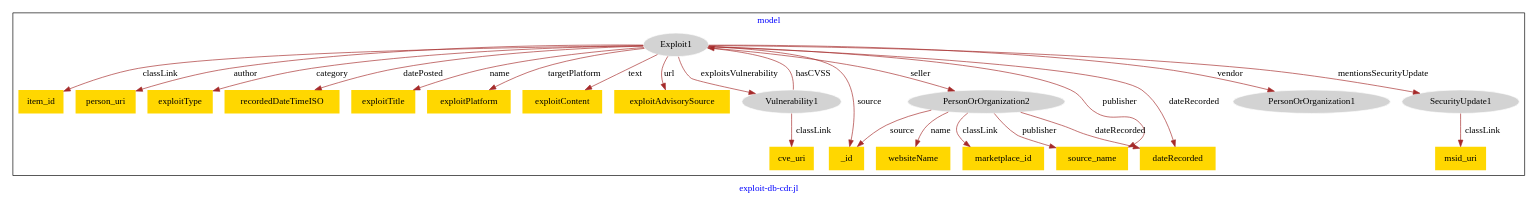
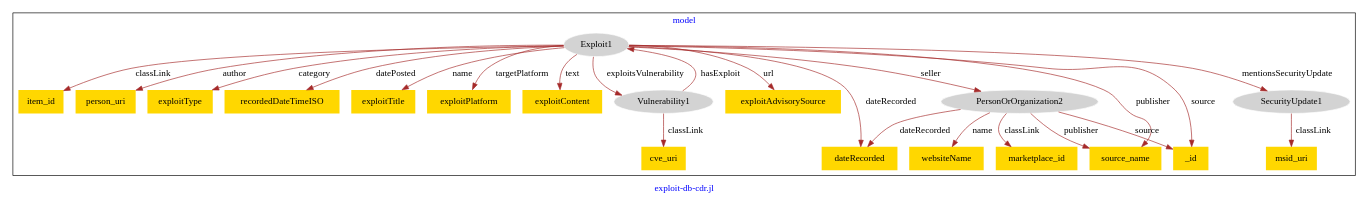
One commit to usc-isi-i2/effect-alignment changed the diagram in models/asu-exploit-db/exploit-db-model.dot. Above: the diagram before and after it, drawn with Graphviz.

Commit message:
Update file exploit-db-model.dot

```diff
--- a/models/asu-exploit-db/exploit-db-model.dot
+++ b/models/asu-exploit-db/exploit-db-model.dot
@@ -1,51 +1,49 @@
 digraph n0 {
 fontcolor="blue"
 remincross="true"
 label="exploit-db-cdr.jl"
 subgraph cluster {
 label="model"
 n2[style="filled",color="white",fillcolor="lightgray",label="Exploit1"];
 n3[shape="plaintext",style="filled",fillcolor="gold",label="item_id"];
 n4[style="filled",color="white",fillcolor="lightgray",label="Vulnerability1"];
 n5[shape="plaintext",style="filled",fillcolor="gold",label="person_uri"];
 n6[shape="plaintext",style="filled",fillcolor="gold",label="exploitType"];
 n7[shape="plaintext",style="filled",fillcolor="gold",label="recordedDateTimeISO"];
 n8[shape="plaintext",style="filled",fillcolor="gold",label="exploitTitle"];
 n9[shape="plaintext",style="filled",fillcolor="gold",label="exploitPlatform"];
 n10[shape="plaintext",style="filled",fillcolor="gold",label="exploitContent"];
 n11[shape="plaintext",style="filled",fillcolor="gold",label="exploitAdvisorySource"];
 n12[style="filled",color="white",fillcolor="lightgray",label="PersonOrOrganization2"];
 n13[shape="plaintext",style="filled",fillcolor="gold",label="marketplace_id"];
 n14[shape="plaintext",style="filled",fillcolor="gold",label="websiteName"];
 n15[shape="plaintext",style="filled",fillcolor="gold",label="source_name"];
 n16[style="filled",color="white",fillcolor="lightgray",label="SecurityUpdate1"];
 n17[shape="plaintext",style="filled",fillcolor="gold",label="msid_uri"];
 n18[shape="plaintext",style="filled",fillcolor="gold",label="cve_uri"];
-n19[shape="plaintext",style="filled",fillcolor="gold",label="dateRecorded"];
-n20[style="filled",color="white",fillcolor="lightgray",label="PersonOrOrganization1"];
-n21[shape="plaintext",style="filled",fillcolor="gold",label="_id"];
+n19[shape="plaintext",style="filled",fillcolor="gold",label="_id"];
+n20[shape="plaintext",style="filled",fillcolor="gold",label="dateRecorded"];
 }
 n2 -> n3[color="brown",fontcolor="black",label="classLink"]
 n2 -> n4[color="brown",fontcolor="black",label="exploitsVulnerability"]
 n2 -> n5[color="brown",fontcolor="black",label="author"]
 n2 -> n6[color="brown",fontcolor="black",label="category"]
 n2 -> n7[color="brown",fontcolor="black",label="datePosted"]
 n2 -> n8[color="brown",fontcolor="black",label="name"]
 n2 -> n9[color="brown",fontcolor="black",label="targetPlatform"]
 n2 -> n10[color="brown",fontcolor="black",label="text"]
 n2 -> n11[color="brown",fontcolor="black",label="url"]
 n12 -> n13[color="brown",fontcolor="black",label="classLink"]
 n12 -> n14[color="brown",fontcolor="black",label="name"]
 n12 -> n15[color="brown",fontcolor="black",label="publisher"]
 n16 -> n17[color="brown",fontcolor="black",label="classLink"]
 n4 -> n18[color="brown",fontcolor="black",label="classLink"]
 n2 -> n16[color="brown",fontcolor="black",label="mentionsSecurityUpdate"]
-n12 -> n19[color="brown",fontcolor="black",label="dateRecorded"]
 n2 -> n12[color="brown",fontcolor="black",label="seller"]
-n4 -> n2[color="brown",fontcolor="black",label="hasCVSS"]
+n2 -> n19[color="brown",fontcolor="black",label="source"]
+n12 -> n20[color="brown",fontcolor="black",label="dateRecorded"]
+n4 -> n2[color="brown",fontcolor="black",label="hasExploit"]
+n12 -> n19[color="brown",fontcolor="black",label="source"]
+n2 -> n20[color="brown",fontcolor="black",label="dateRecorded"]
 n2 -> n15[color="brown",fontcolor="black",label="publisher"]
-n2 -> n20[color="brown",fontcolor="black",label="vendor"]
-n2 -> n19[color="brown",fontcolor="black",label="dateRecorded"]
-n12 -> n21[color="brown",fontcolor="black",label="source"]
-n2 -> n21[color="brown",fontcolor="black",label="source"]
 }
```
